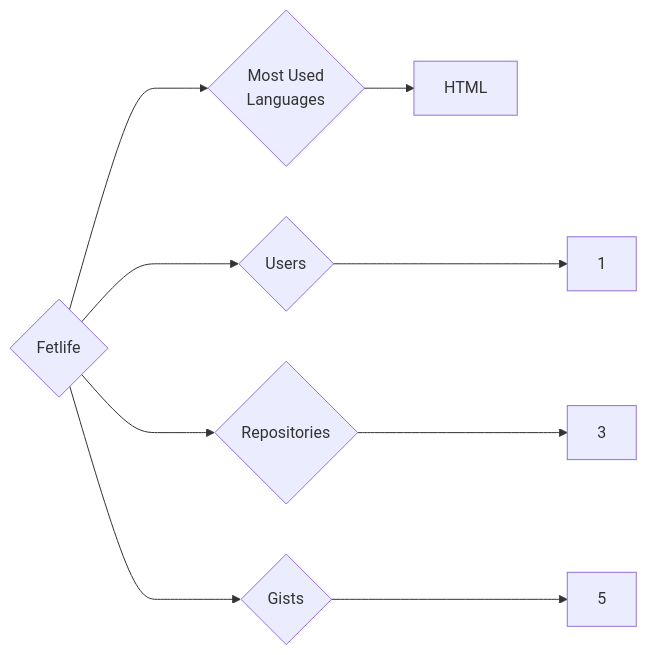
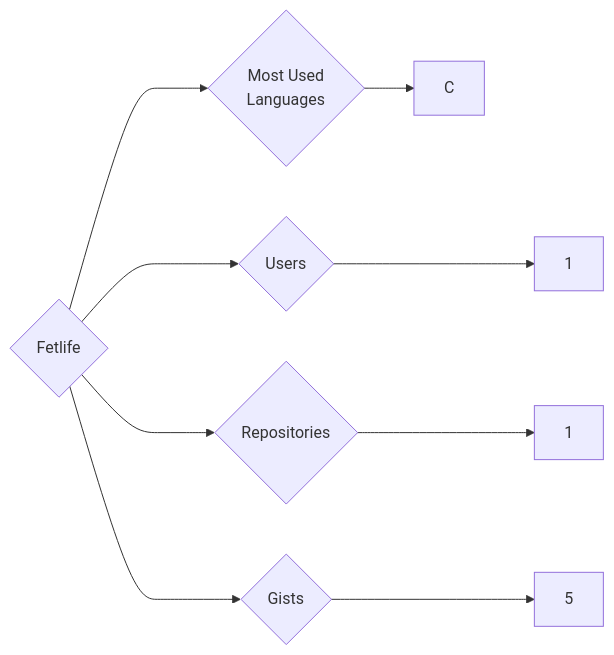
The diagram in targets/Fetlife/README.md (trickest/insiders), drawn with Mermaid before and after one commit. The commit also changed 1141 other files, not shown here.

````diff
--- a/targets/Fetlife/README.md
+++ b/targets/Fetlife/README.md
@@ -3,9 +3,9 @@
 ```mermaid
 graph LR
 COMPANY_NAME{Fetlife}
 COMPANY_NAME ---> U{Users} ---> UN[1]
-COMPANY_NAME ---> R{Repositories} ---> RN[3]
+COMPANY_NAME ---> R{Repositories} ---> RN[1]
 COMPANY_NAME ---> G{Gists} ---> GN[5]
 COMPANY_NAME ---> ML{Most Used<br>Languages}
-ML --> HTML[HTML]
+ML --> C[C]
 ```
````
